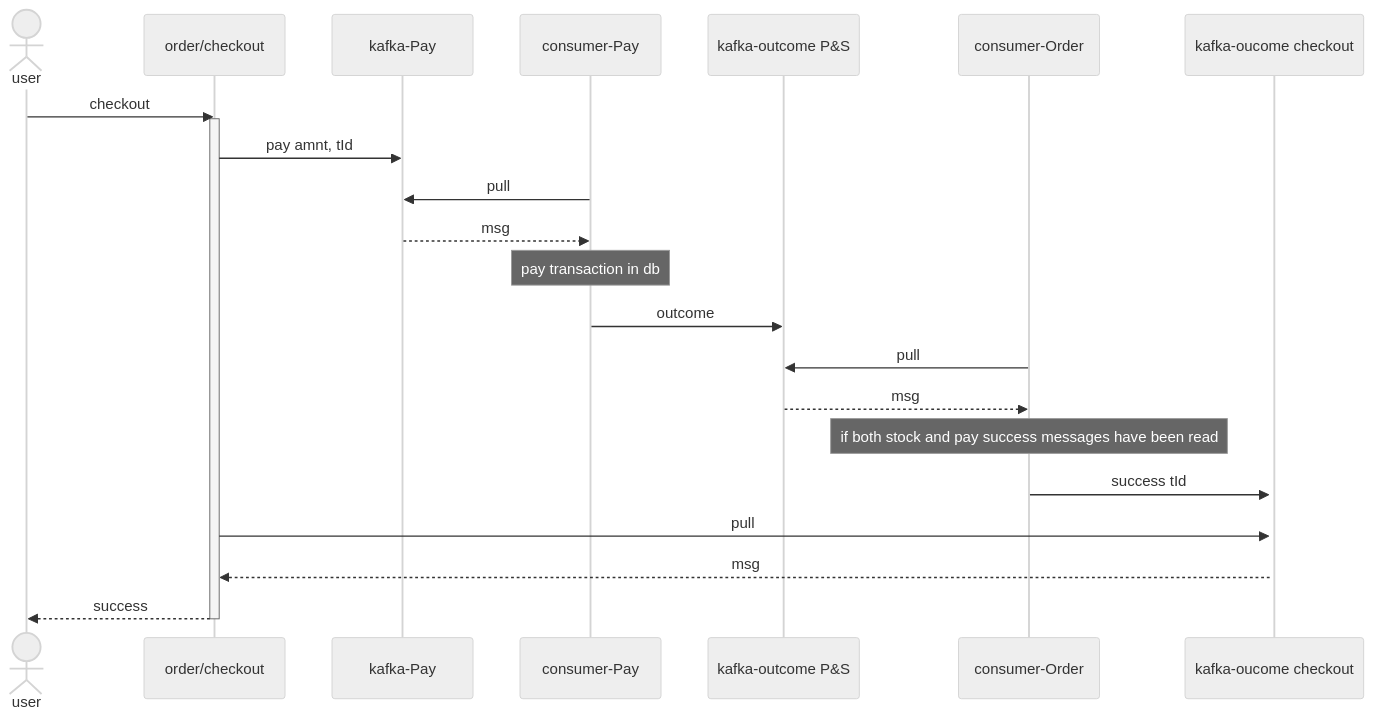
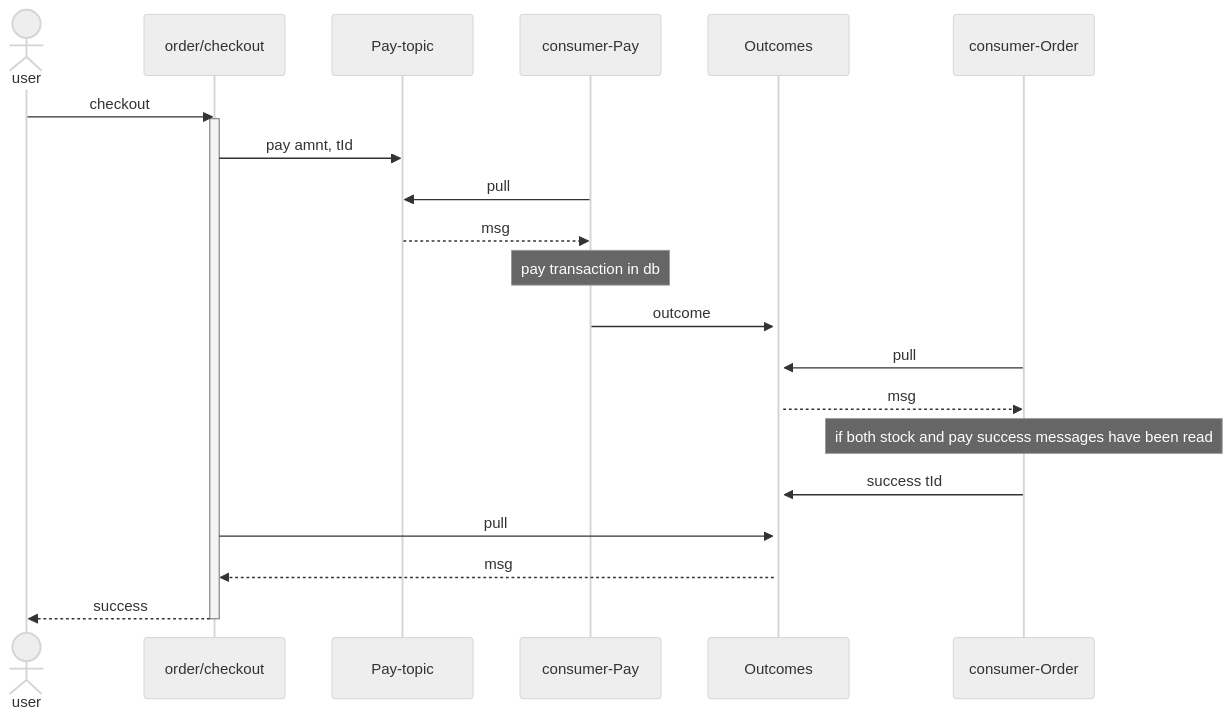
The diagram in docs/checkout.mmd (eexuan99/wdm-project-group-8), drawn with Mermaid (neutral theme) before and after one commit.

Commit message:
updated sequence diagram

```diff
--- a/docs/checkout.mmd
+++ b/docs/checkout.mmd
@@ -1,27 +1,26 @@
 sequenceDiagram
     actor u as user
     participant oc as order/checkout
     %% participant ks as kafka-Stock
-    participant kp as kafka-Pay
+    participant kp as Pay-topic
     participant cp as consumer-Pay
-    participant kops as kafka-outcome P&S
+    participant out as Outcomes
     participant co as consumer-Order
-    participant koc as kafka-oucome checkout
     %% participant cs as consumer-Stock
-    activate koc
+    activate out
     u ->> oc : checkout
     activate oc
     oc ->> kp: pay amnt, tId
     %% oc ->> ks: reduce amnt
     cp ->> kp: pull
     kp -->> cp: msg
     Note over cp: pay transaction in db
-    cp ->> kops : outcome
-    co ->> kops : pull
-    kops -->> co : msg
+    cp ->> out : outcome
+    co ->> out : pull
+    out -->> co : msg
     Note over co : if both stock and pay success messages have been read
-    co ->> koc : success tId
-    oc ->> koc : pull
-    koc -->> oc : msg
+    co ->> out : success tId
+    oc ->> out : pull
+    out -->> oc : msg
     oc -->> u : success
     deactivate oc
```
